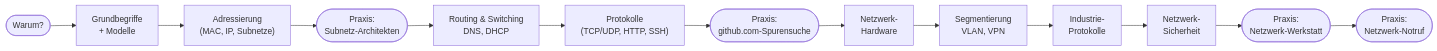
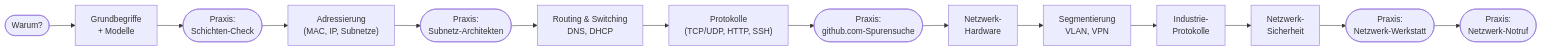
Before and after one commit to JacobMenge/kurs-unterlagen: the diagram in docs/netzwerke/index.md, drawn with Mermaid. The commit also changed other lines of this file and 4 other files, not shown here.

Commit message:
netzwerke: praxis schichten-check und foliensatz für abend 1

````diff
--- a/docs/netzwerke/index.md
+++ b/docs/netzwerke/index.md
@@ -70,15 +71,16 @@
 ```mermaid
 flowchart LR
   WHY(["Warum?"]) --> BASIS["Grundbegriffe<br/>+ Modelle"]
-  BASIS --> ADRESS["Adressierung<br/>(MAC, IP, Subnetze)"]
+  BASIS --> PCHK(["Praxis:<br/>Schichten-Check"])
+  PCHK --> ADRESS["Adressierung<br/>(MAC, IP, Subnetze)"]
   ADRESS --> PSUB(["Praxis:<br/>Subnetz-Architekten"])
   PSUB --> WEGE["Routing & Switching<br/>DNS, DHCP"]
   WEGE --> PROTO["Protokolle<br/>(TCP/UDP, HTTP, SSH)"]
   PROTO --> PSPUR(["Praxis:<br/>github.com-Spurensuche"])
   PSPUR --> HW["Netzwerk-<br/>Hardware"]
   HW --> SEG["Segmentierung<br/>VLAN, VPN"]
   SEG --> IND["Industrie-<br/>Protokolle"]
   IND --> SEC["Netzwerk-<br/>Sicherheit"]
   SEC --> PWERK(["Praxis:<br/>Netzwerk-Werkstatt"])
   PWERK --> PNOT(["Praxis:<br/>Netzwerk-Notruf"])
 ```
````
